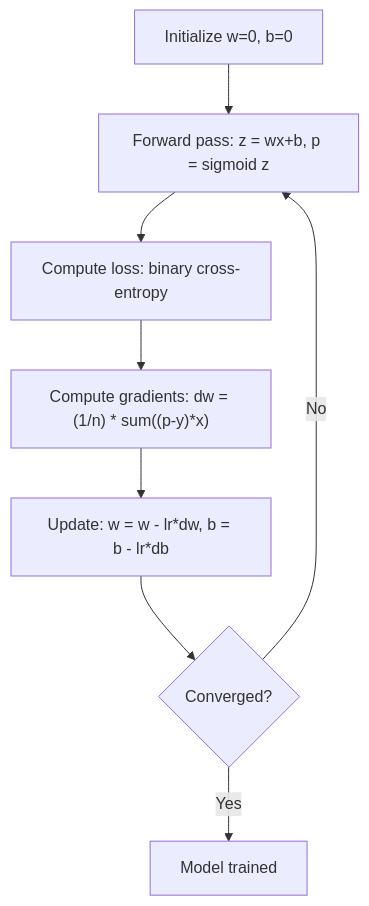
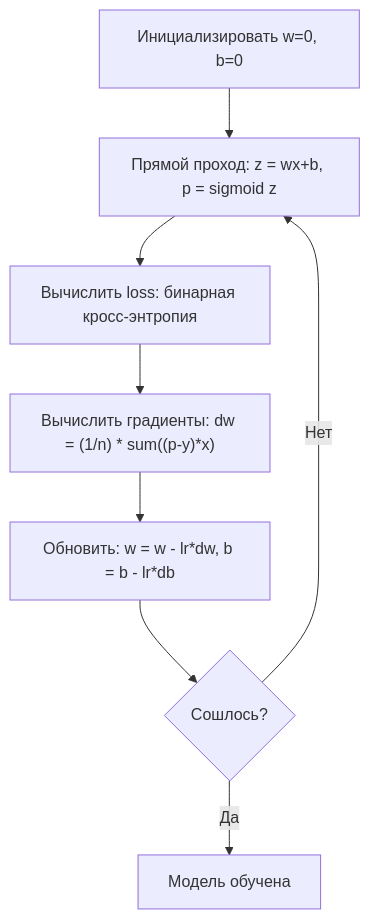
Before and after one commit to stabuev/ai-engineering-from-scratch: the second of 2 diagrams in phases/02-ml-fundamentals/03-logistic-regression/docs/ru.md, drawn with Mermaid. The commit also changed other lines of this file and 22 other files, not shown here.

````diff
--- a/phases/02-ml-fundamentals/03-logistic-regression/docs/ru.md
+++ b/phases/02-ml-fundamentals/03-logistic-regression/docs/ru.md
@@ -102,10 +102,10 @@
 ```mermaid
 flowchart TD
-    A[Initialize w=0, b=0] --> B[Forward pass: z = wx+b, p = sigmoid z]
-    B --> C[Compute loss: binary cross-entropy]
-    C --> D["Compute gradients: dw = (1/n) * sum((p-y)*x)"]
-    D --> E[Update: w = w - lr*dw, b = b - lr*db]
-    E --> F{Converged?}
-    F -->|No| B
-    F -->|Yes| G[Model trained]
+    A[Инициализировать w=0, b=0] --> B[Прямой проход: z = wx+b, p = sigmoid z]
+    B --> C[Вычислить loss: бинарная кросс-энтропия]
+    C --> D["Вычислить градиенты: dw = (1/n) * sum((p-y)*x)"]
+    D --> E[Обновить: w = w - lr*dw, b = b - lr*db]
+    E --> F{Сошлось?}
+    F -->|Нет| B
+    F -->|Да| G[Модель обучена]
 ```
````
